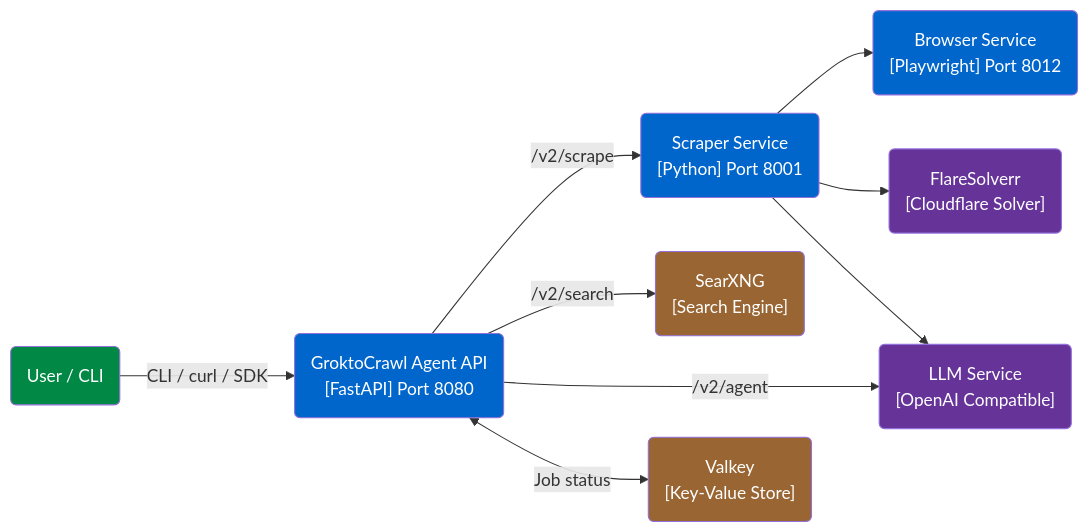
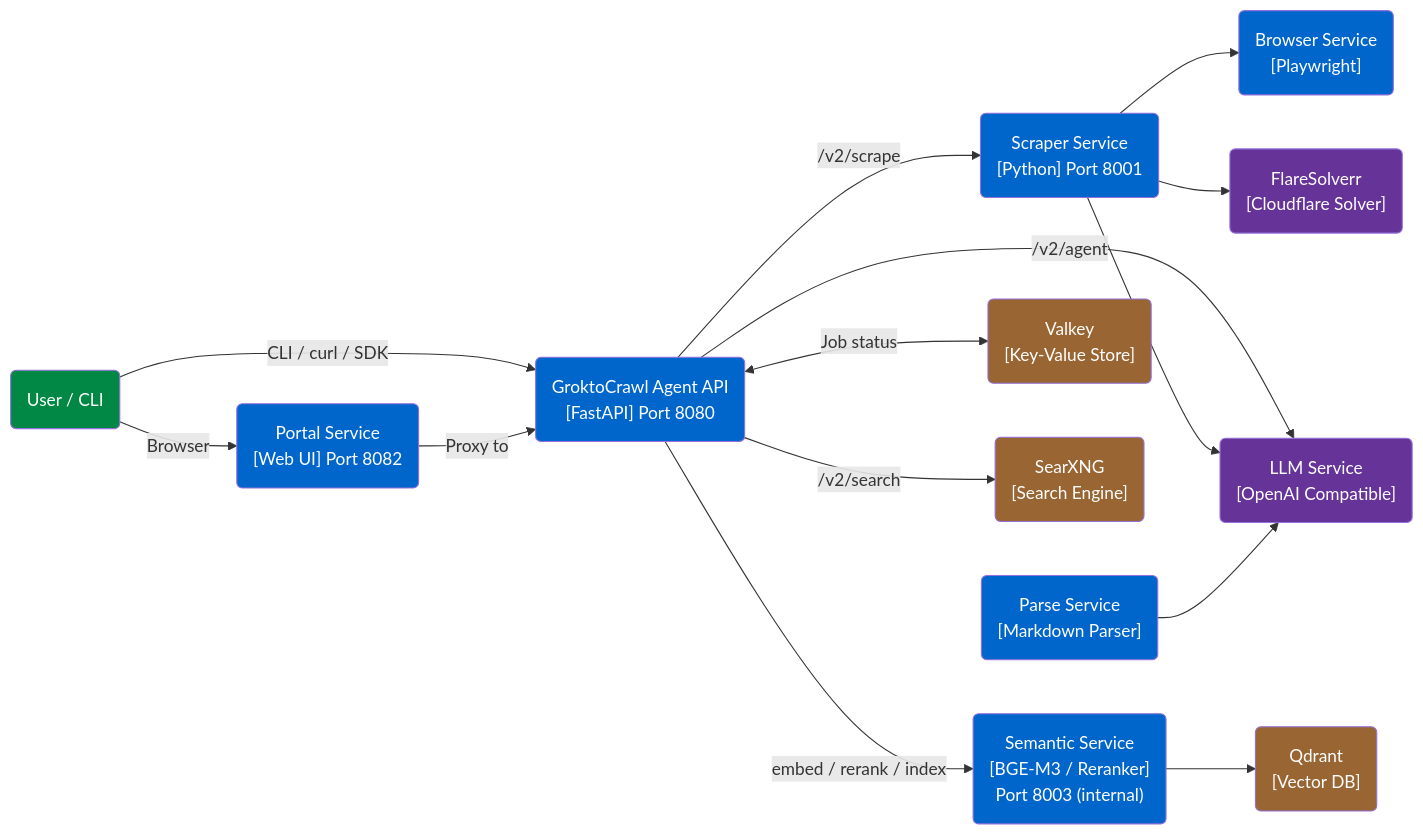
One commit to Gerkinfeltser/groktocrawl changed the first of 4 diagrams in docs/architecture.md. Above: the diagram before and after it, drawn with Mermaid. The commit also changed other lines of this file, not shown here.

First line of the commit message:
docs: update architecture.md for Phase 1 & 2 semantic search

````diff
--- a/docs/architecture.md
+++ b/docs/architecture.md
@@ -5,29 +5,42 @@
 ```mermaid
 flowchart LR
     user("User / CLI")
     agent_api("GroktoCrawl Agent API\n[FastAPI] Port 8080")
     scraper_svc("Scraper Service\n[Python] Port 8001")
-    browser_svc("Browser Service\n[Playwright] Port 8012")
+    browser_svc("Browser Service\n[Playwright]")
+    semantic_svc("Semantic Service\n[BGE-M3 / Reranker]\nPort 8003 (internal)")
+    qdrant("Qdrant\n[Vector DB]")
     valkey("Valkey\n[Key-Value Store]")
     searxng("SearXNG\n[Search Engine]")
     llm_svc("LLM Service\n[OpenAI Compatible]")
     flare_solverr("FlareSolverr\n[Cloudflare Solver]")
+    portal_svc("Portal Service\n[Web UI] Port 8082")
+    parse_svc("Parse Service\n[Markdown Parser]")
 
     user -->|"CLI / curl / SDK"| agent_api
+    user -->|"Browser"| portal_svc
     agent_api -->|"/v2/scrape"| scraper_svc
     agent_api -->|"/v2/search"| searxng
+    agent_api -->|"embed / rerank / index"| semantic_svc
     agent_api -->|"/v2/agent"| llm_svc
     agent_api <-->|"Job status"| valkey
+    portal_svc -->|"Proxy to"| agent_api
+    semantic_svc --> qdrant
     scraper_svc --> browser_svc
     scraper_svc --> flare_solverr
     scraper_svc --> llm_svc
+    parse_svc --> llm_svc
 
     style user fill:#084,color:#fff
     style agent_api fill:#06c,color:#fff
     style scraper_svc fill:#06c,color:#fff
     style browser_svc fill:#06c,color:#fff
+    style semantic_svc fill:#06c,color:#fff
+    style portal_svc fill:#06c,color:#fff
+    style parse_svc fill:#06c,color:#fff
     style valkey fill:#963,color:#fff
     style searxng fill:#963,color:#fff
+    style qdrant fill:#963,color:#fff
     style llm_svc fill:#639,color:#fff
     style flare_solverr fill:#639,color:#fff
 ```
````
